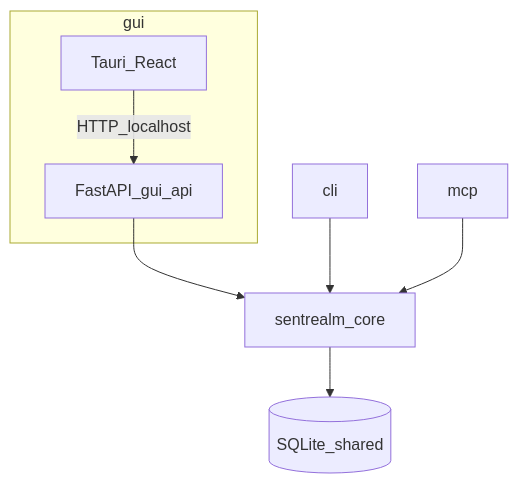
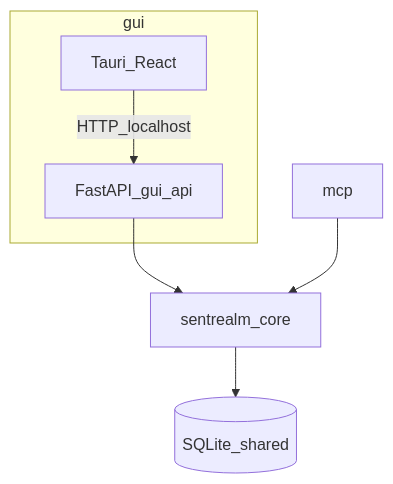
The diagram in docs/architecture/modules.md (qiuku2022/SentRealm), drawn with Mermaid before and after one commit. The commit also changed other lines of this file and 29 other files, not shown here.

````diff
--- a/docs/architecture/modules.md
+++ b/docs/architecture/modules.md
@@ -20,17 +19,15 @@
 ```mermaid
 flowchart TB
     subgraph gui [gui]
         guiUi[Tauri_React]
         guiApi[FastAPI_gui_api]
         guiUi -->|HTTP_localhost| guiApi
     end
-    cli[cli]
     mcp[mcp]
     core[sentrealm_core]
     store[(SQLite_shared)]
 
     guiApi --> core
-    cli --> core
     mcp --> core
     core --> store
 ```
````
